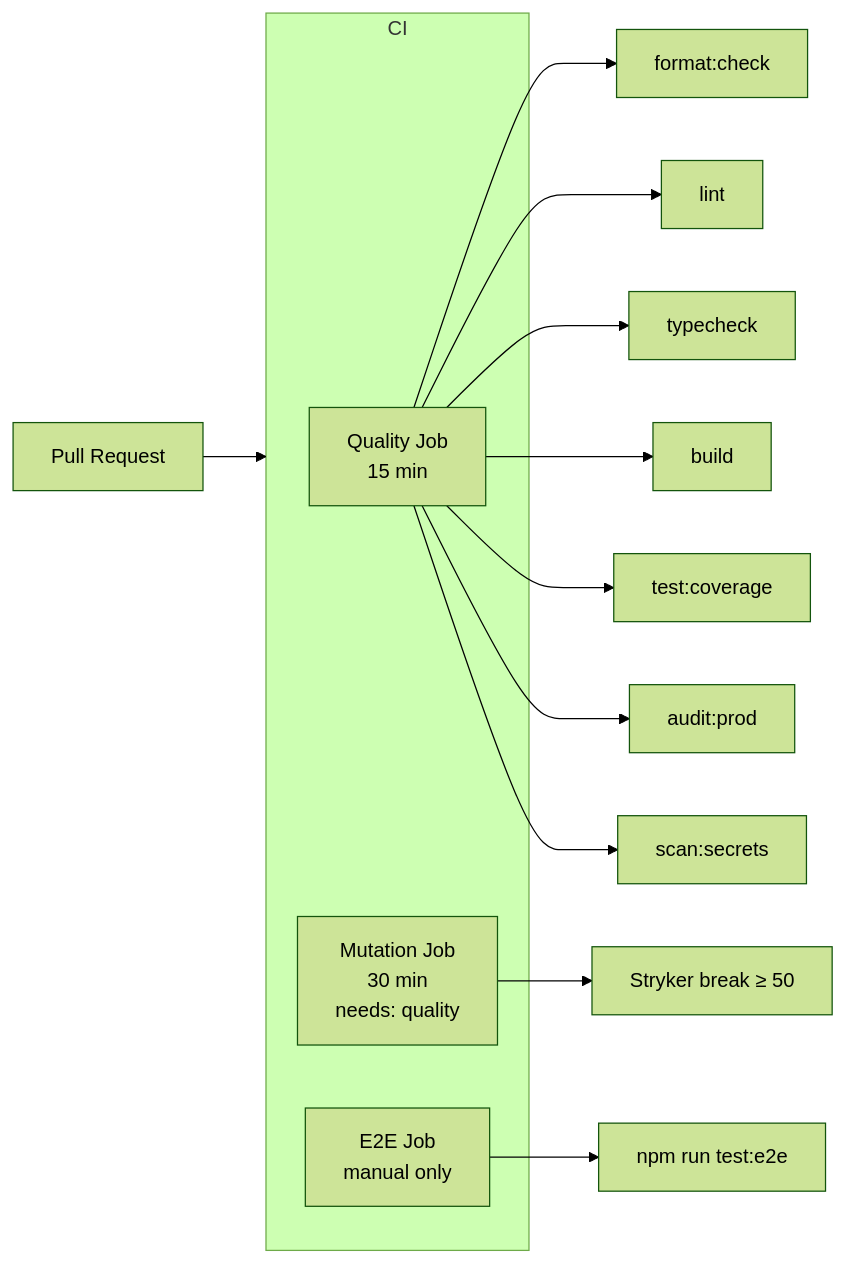
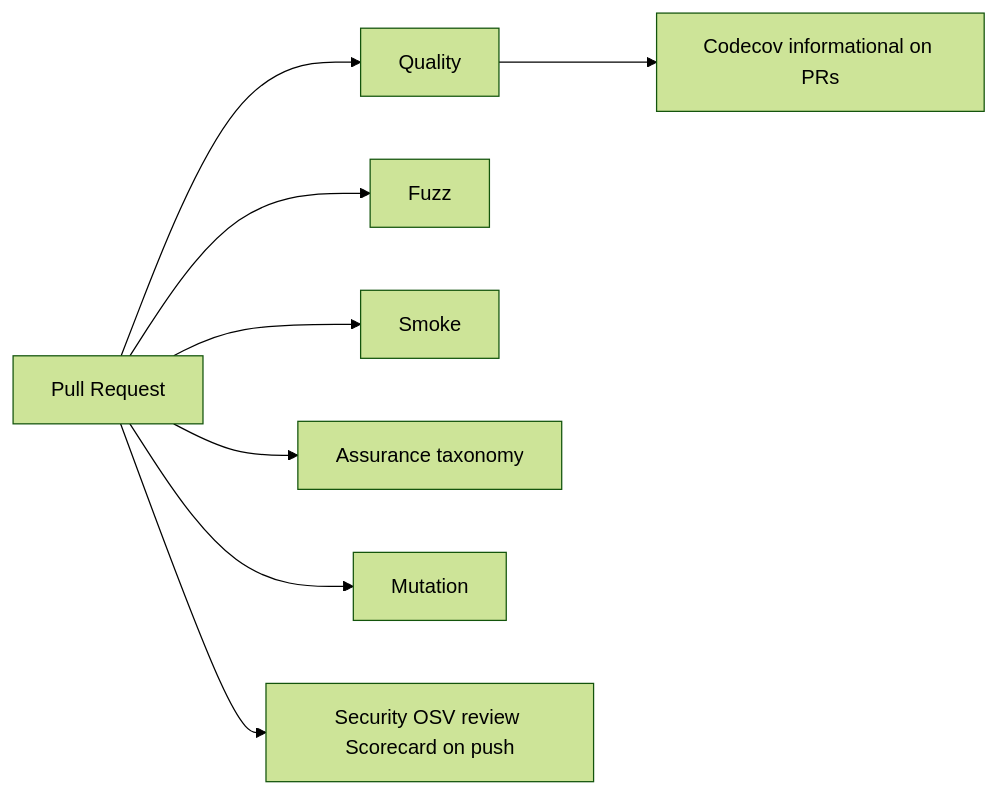
Before and after one commit to edithatogo/substack-cli-ts: the fifth of 5 diagrams in conductor/design.md, drawn with Mermaid (forest theme). The commit also changed other lines of this file and 43 other files, not shown here.

First line of the commit message:
Add quality-frontier harness, Codecov, and testing matrix.

````diff
--- a/conductor/design.md
+++ b/conductor/design.md
@@ -157,22 +102,10 @@
 ```mermaid
 graph LR
-    PR[Pull Request] --> CI[GitHub Actions]
-    
-    subgraph CI
-        Q[Quality Job<br/>15 min]
-        M[Mutation Job<br/>30 min<br/>needs: quality]
-        E2E[E2E Job<br/>manual only]
-    end
-    
-    Q --> FORMAT[format:check]
-    Q --> LINT[lint]
-    Q --> TYPECHECK[typecheck]
-    Q --> BUILD[build]
-    Q --> TEST[test:coverage]
-    Q --> AUDIT[audit:prod]
-    Q --> SCAN[scan:secrets]
-    
-    M --> STRYKE[Stryker break ≥ 50]
-    
-    E2E --> E2E_TEST[npm run test:e2e]
+    PR[Pull Request] --> Q[Quality]
+    PR --> Fuzz[Fuzz]
+    PR --> Smoke[Smoke]
+    PR --> Assure[Assurance taxonomy]
+    PR --> Mut[Mutation]
+    PR --> Sec[Security OSV review Scorecard on push]
+    Q --> Codecov[Codecov informational on PRs]
 ```
````
